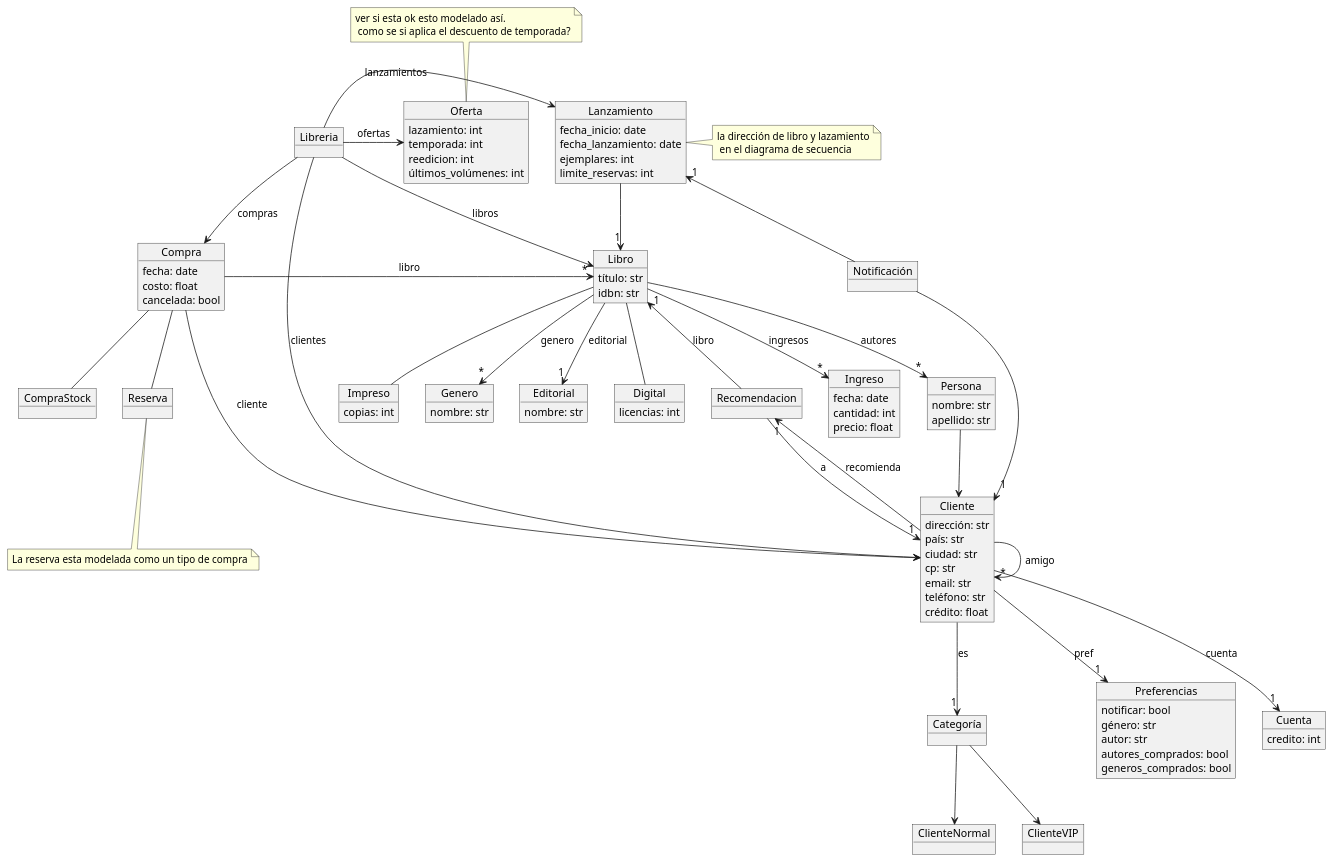
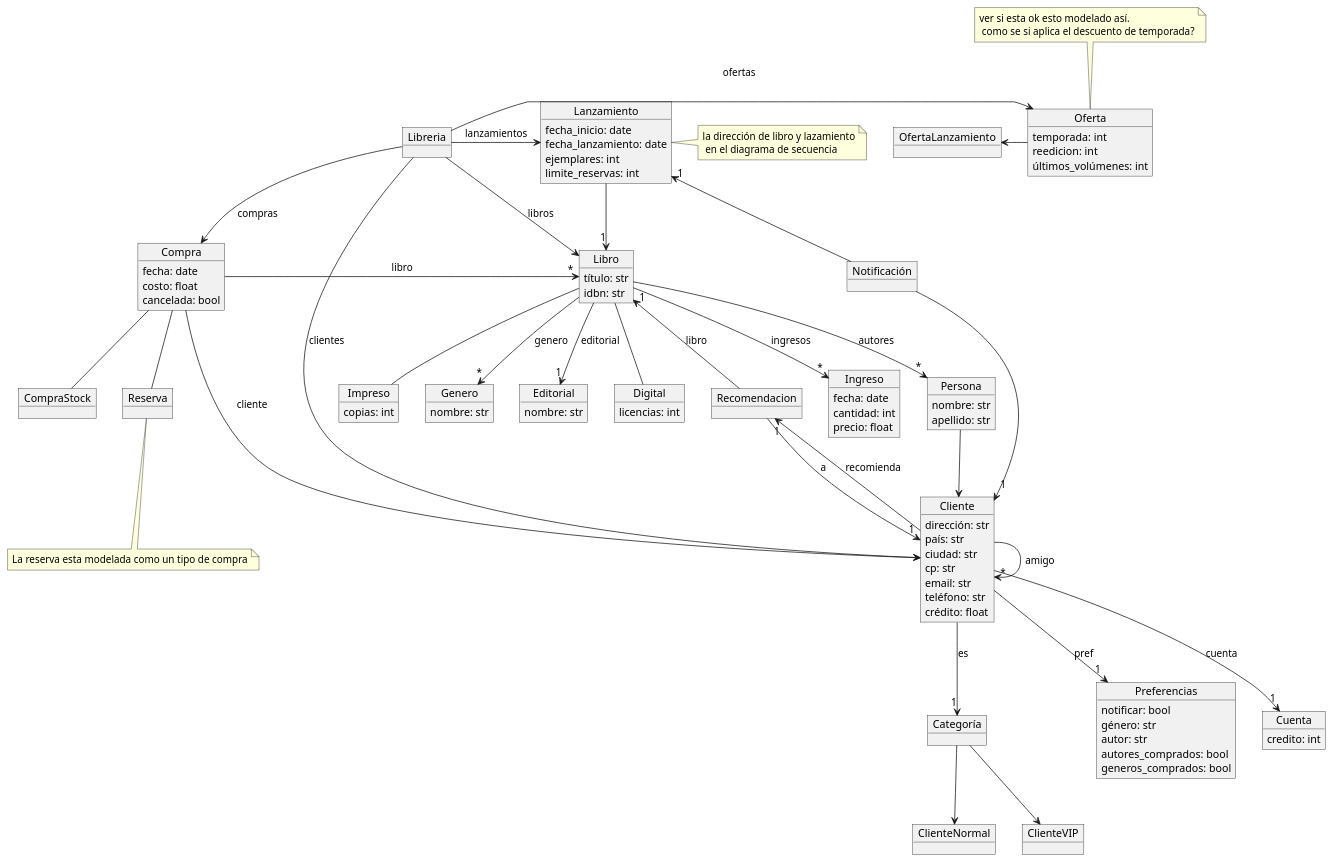
Before and after one commit to pablodanielrey/dsbm: the diagram in tp/modelo-de-dominio.plantuml, drawn with PlantUML. The commit also changed 1 other file, not shown here.

```diff
--- a/tp/modelo-de-dominio.plantuml
+++ b/tp/modelo-de-dominio.plantuml
@@ -1,156 +1,161 @@
 @startuml
 
 
 object Oferta {
-    lazamiento: int
     temporada: int
     reedicion: int
     últimos_volúmenes: int
 }
+
+object OfertaLanzamiento {
+
+}
+
+OfertaLanzamiento <- Oferta
 note top of Oferta: ver si esta ok esto modelado así.\n como se si aplica el descuento de temporada?
 
 together {
     object Persona {
         nombre: str
         apellido: str
     }
     object Cliente {
         dirección: str
         país: str
         ciudad: str
         cp: str
         email: str
         teléfono: str
         crédito: float
     }
 
     object Categoría
     object ClienteNormal
     object ClienteVIP
 }
 
 object Preferencias {
     notificar: bool
     género: str
     autor: str
     autores_comprados: bool
     generos_comprados: bool
 }
 
 together {
     object Libro {
         título: str
         idbn: str
     }
     object Digital {
         licencias: int
     }
     object Impreso {
         copias: int
     }
     object Genero {
         nombre: str
     }
     object Editorial {
         nombre: str
     }
 
 }
 
 together {
 
     object Compra {
         fecha: date
         costo: float
         cancelada: bool
     }
     object CompraStock {
     }
     object Reserva {
     }
     note bottom of Reserva: La reserva esta modelada como un tipo de compra
 }
 
 object Ingreso {
     fecha: date
     cantidad: int
     precio: float
 }
 
 object Recomendacion
 
 object Notificación
 
 object Libreria {
 }
 
 object Lanzamiento {
     fecha_inicio: date
     fecha_lanzamiento: date
     ejemplares: int
     limite_reservas: int
 }
 note right of Lanzamiento: la dirección de libro y lazamiento\n en el diagrama de secuencia
 
 
 object Cuenta {
     credito: int
 }
 
 
 Libreria -> Cliente : clientes
 Libreria -> Libro : libros
 Libreria -> Compra : compras
 Libreria -> Oferta : ofertas
 Libreria -> Lanzamiento : lanzamientos
 
 /'
 object Inventario
 object StockDigital {
     licencias: int
 }
 object StockFisico {
     copias: int
 }
 
 Inventario -u- StockDigital
 StockDigital -u- "1" Digital : en_stock
 Inventario -u- StockFisico
 StockFisico -u- "1" Impreso : en_stock
 '/
 
 Cliente -d-> "1" Preferencias : pref
 Cliente -d-> "1" Cuenta : cuenta
 
 
 Compra -> "*" Libro : libro
 Compra -d- CompraStock
 Compra -d- Reserva
 Compra -> Cliente : cliente
 
 Libro --> "*" Persona : autores
 Libro --> "*" Genero: genero
 Libro --> "1" Editorial: editorial
 Libro --> "*" Ingreso : ingresos
 
 Persona -d-> Cliente
 Cliente -d-> "1" Categoría : es
 Categoría -d-> ClienteNormal
 Categoría -d-> ClienteVIP
 
 'Cliente ---> "*" Compra : realiza
 Cliente -> "*" Cliente : amigo
 Cliente -u-> "1" Recomendacion : recomienda
 Recomendacion --> "1" Cliente : a
 Recomendacion -l-> "1" Libro : libro
 
 
 Libro -d- Digital
 Libro -d- Impreso
 
 Lanzamiento -d-> "1" Libro
 
 Notificación -> "1" Cliente
 Notificación -u-> "1" Lanzamiento
 
 @enduml
```
